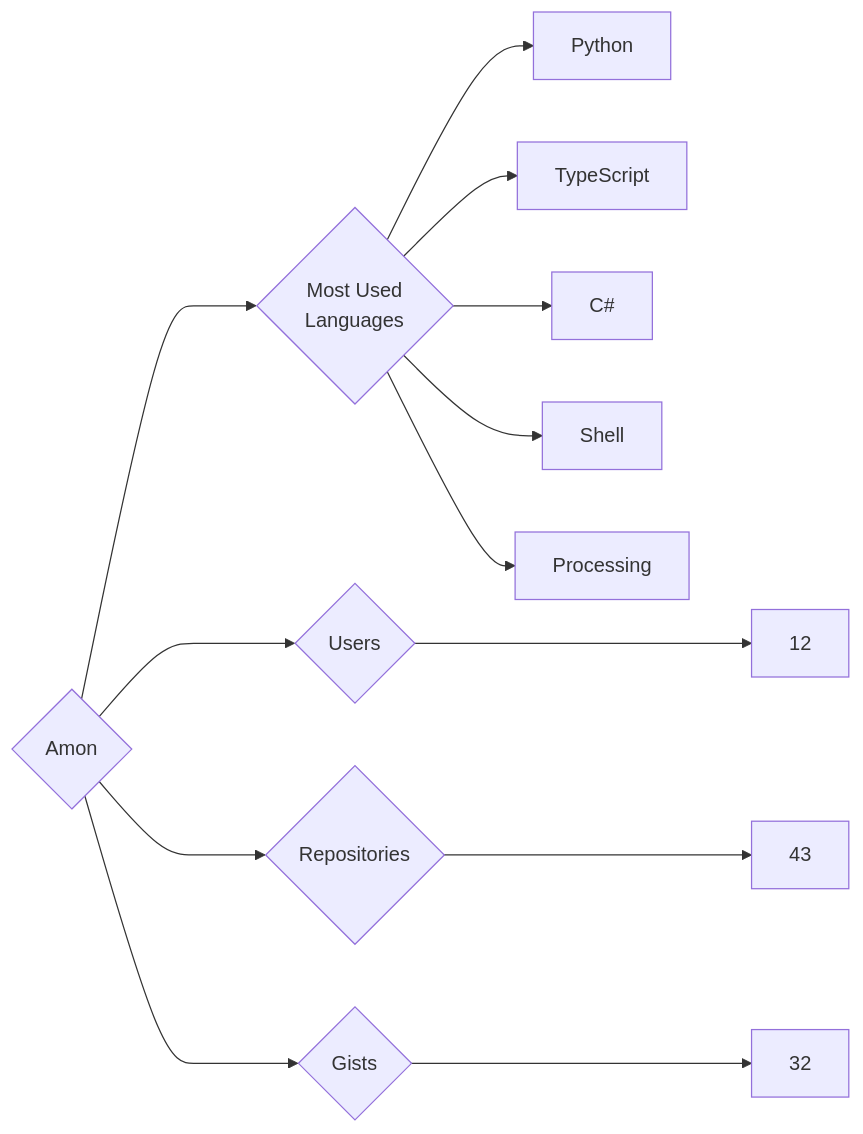
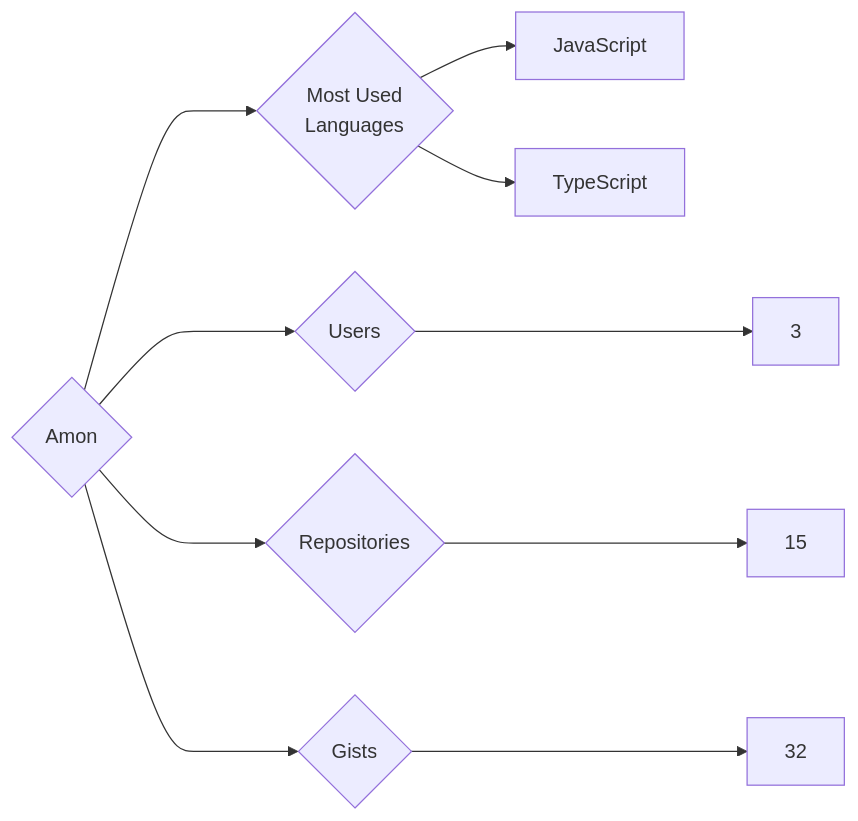
Before and after one commit to trickest/insiders: the diagram in targets/Amon/README.md, drawn with Mermaid. The commit also changed 676 other files, not shown here.

````diff
--- a/targets/Amon/README.md
+++ b/targets/Amon/README.md
@@ -3,13 +3,10 @@
 ```mermaid
 graph LR
 COMPANY_NAME{Amon}
-COMPANY_NAME ---> U{Users} ---> UN[12]
-COMPANY_NAME ---> R{Repositories} ---> RN[43]
+COMPANY_NAME ---> U{Users} ---> UN[3]
+COMPANY_NAME ---> R{Repositories} ---> RN[15]
 COMPANY_NAME ---> G{Gists} ---> GN[32]
 COMPANY_NAME ---> ML{Most Used<br>Languages}
-ML --> Python[Python]
+ML --> JavaScript[JavaScript]
 ML --> TypeScript[TypeScript]
-ML --> C#[C#]
-ML --> Shell[Shell]
-ML --> Processing[Processing]
 ```
````
